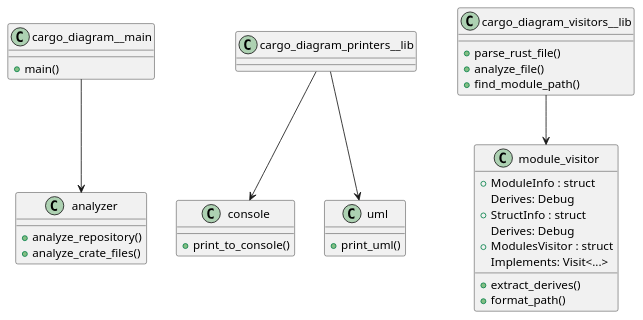
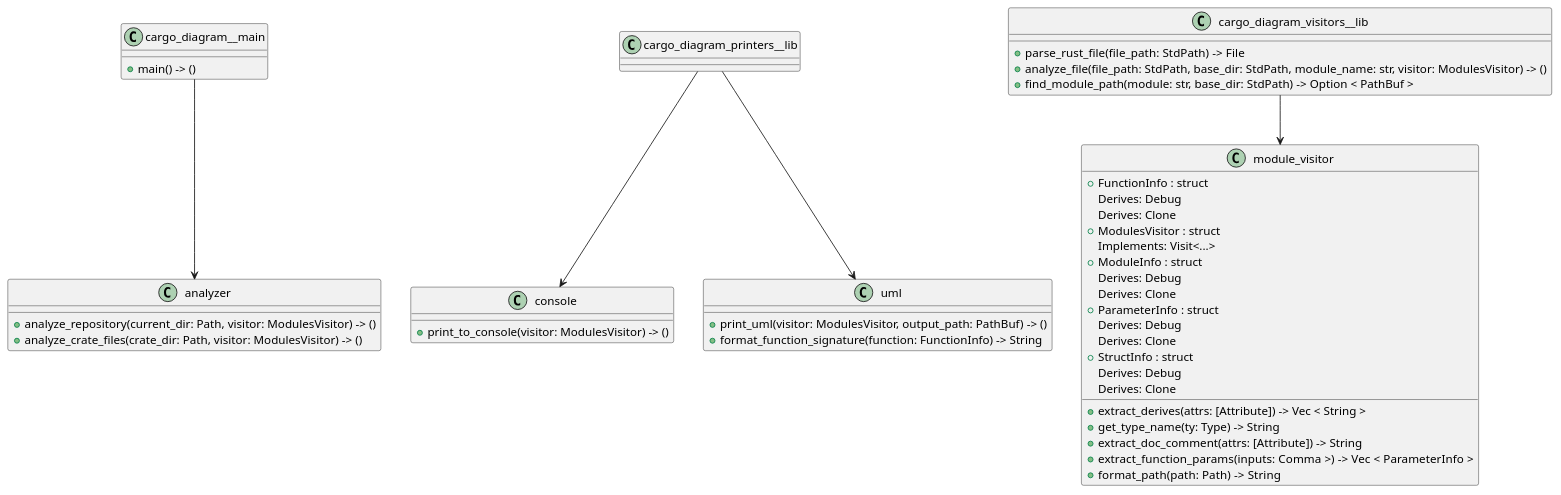
One commit to gladion136/cargo-diagram changed the diagram in overview.puml. Above: the diagram before and after it, drawn with PlantUML. The commit also changed 11 other files, not shown here.

```diff
--- a/overview.puml
+++ b/overview.puml
@@ -1,36 +1,60 @@
 @startuml
 class analyzer {
-  + analyze_repository()
-  + analyze_crate_files()
+  ' 
+  + analyze_repository(current_dir: Path, visitor: ModulesVisitor) -> ()
+  + analyze_crate_files(crate_dir: Path, visitor: ModulesVisitor) -> ()
 }
-class console {
-  + print_to_console()
+class cargo_diagram__main {
+  ' 
+  + main() -> ()
 }
-class cargo_diagram_visitors__lib {
-  + parse_rust_file()
-  + analyze_file()
-  + find_module_path()
-}
-cargo_diagram_visitors__lib --> module_visitor
+cargo_diagram__main --> analyzer
 class cargo_diagram_printers__lib {
+  ' 
 }
 cargo_diagram_printers__lib --> console
 cargo_diagram_printers__lib --> uml
-class cargo_diagram__main {
-  + main()
+class module_visitor {
+  ' 
+  + FunctionInfo : struct
+    '  Info about one function
+    Derives: Debug
+    Derives: Clone
+  + ModulesVisitor : struct
+    '  Collects information about multiple modules
+    Implements: Visit<...>
+  + ModuleInfo : struct
+    '  Info about one module
+    Derives: Debug
+    Derives: Clone
+  + ParameterInfo : struct
+    '  Info about function parameters
+    Derives: Debug
+    Derives: Clone
+  + StructInfo : struct
+    '  Info about one struct
+    Derives: Debug
+    Derives: Clone
+  + extract_derives(attrs: [Attribute]) -> Vec < String >
+  + get_type_name(ty: Type) -> String
+  + extract_doc_comment(attrs: [Attribute]) -> String
+  + extract_function_params(inputs:  Comma >) -> Vec < ParameterInfo >
+  + format_path(path:  Path) -> String
 }
-cargo_diagram__main --> analyzer
+class console {
+  ' 
+  + print_to_console(visitor: ModulesVisitor) -> ()
+}
+class cargo_diagram_visitors__lib {
+  ' 
+  + parse_rust_file(file_path: StdPath) ->  File
+  + analyze_file(file_path: StdPath, base_dir: StdPath, module_name: str, visitor: ModulesVisitor) -> ()
+  + find_module_path(module: str, base_dir: StdPath) -> Option < PathBuf >
+}
+cargo_diagram_visitors__lib --> module_visitor
 class uml {
-  + print_uml()
-}
-class module_visitor {
-  + ModuleInfo : struct
-    Derives: Debug
-  + StructInfo : struct
-    Derives: Debug
-  + ModulesVisitor : struct
-    Implements: Visit<...>
-  + extract_derives()
-  + format_path()
+  ' 
+  + print_uml(visitor: ModulesVisitor, output_path: PathBuf) -> ()
+  + format_function_signature(function: FunctionInfo) -> String
 }
 @enduml
```
